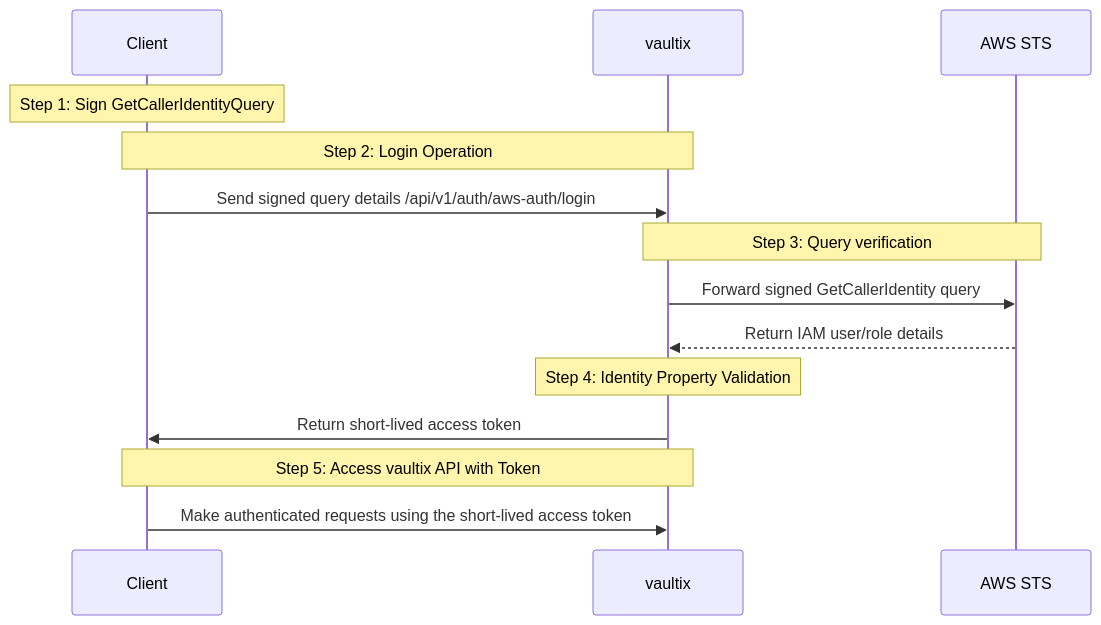
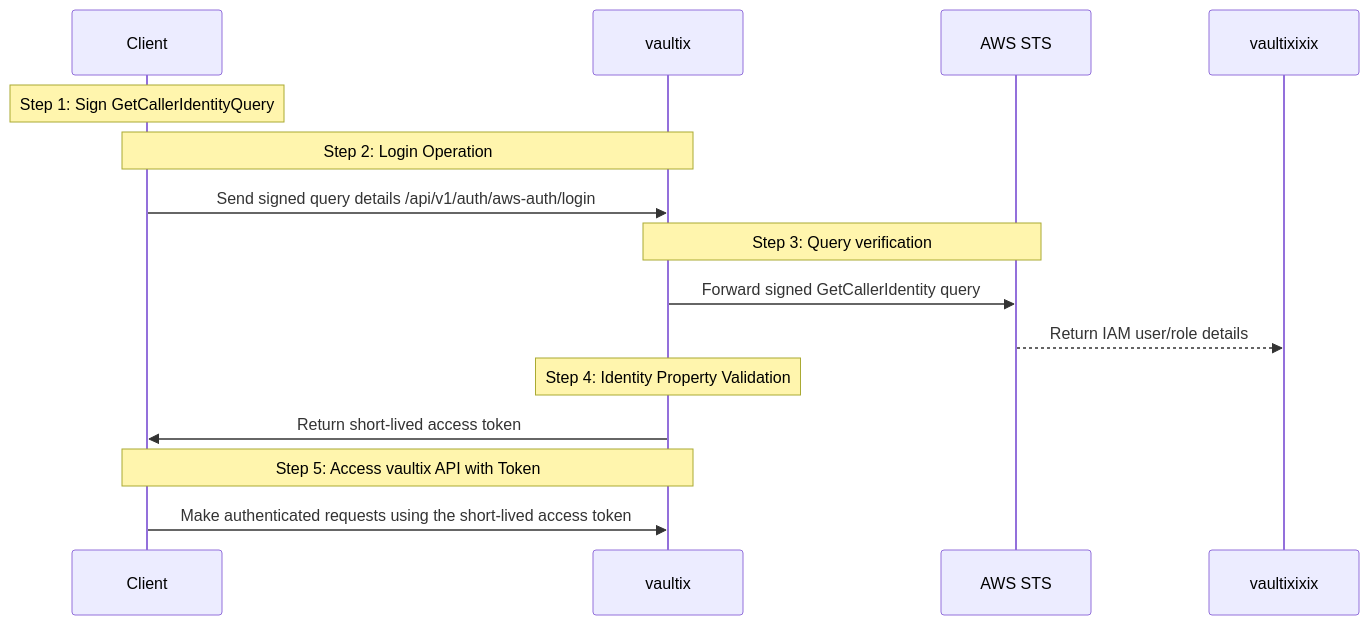
Before and after one commit to shippinAI/vaultix: the diagram in core/docs/documentation/platform/identities/aws-auth.mdx, drawn with Mermaid. The commit also changed 52 other files, not shown here.

````diff
--- a/core/docs/documentation/platform/identities/aws-auth.mdx
+++ b/core/docs/documentation/platform/identities/aws-auth.mdx
@@ -12,21 +12,21 @@
 ```mermaid
 sequenceDiagram
   participant Client as Client
-  participant Infis as vaultix
+  participant vaultix as vaultix
   participant AWS as AWS STS
 
   Note over Client,Client: Step 1: Sign GetCallerIdentityQuery
 
-  Note over Client,Infis: Step 2: Login Operation
-  Client->>Infis: Send signed query details /api/v1/auth/aws-auth/login
+  Note over Client,vaultix: Step 2: Login Operation
+  Client->>vaultix: Send signed query details /api/v1/auth/aws-auth/login
 
-  Note over Infis,AWS: Step 3: Query verification
-  Infis->>AWS: Forward signed GetCallerIdentity query
-  AWS-->>Infis: Return IAM user/role details
+  Note over vaultix,AWS: Step 3: Query verification
+  vaultix->>AWS: Forward signed GetCallerIdentity query
+  AWS-->>vaultixixix: Return IAM user/role details
 
-  Note over Infis: Step 4: Identity Property Validation
-  Infis->>Client: Return short-lived access token
+  Note over vaultix: Step 4: Identity Property Validation
+  vaultix->>Client: Return short-lived access token
 
-  Note over Client,Infis: Step 5: Access vaultix API with Token
-  Client->>Infis: Make authenticated requests using the short-lived access token
+  Note over Client,vaultix: Step 5: Access vaultix API with Token
+  Client->>vaultix: Make authenticated requests using the short-lived access token
 ```
````
